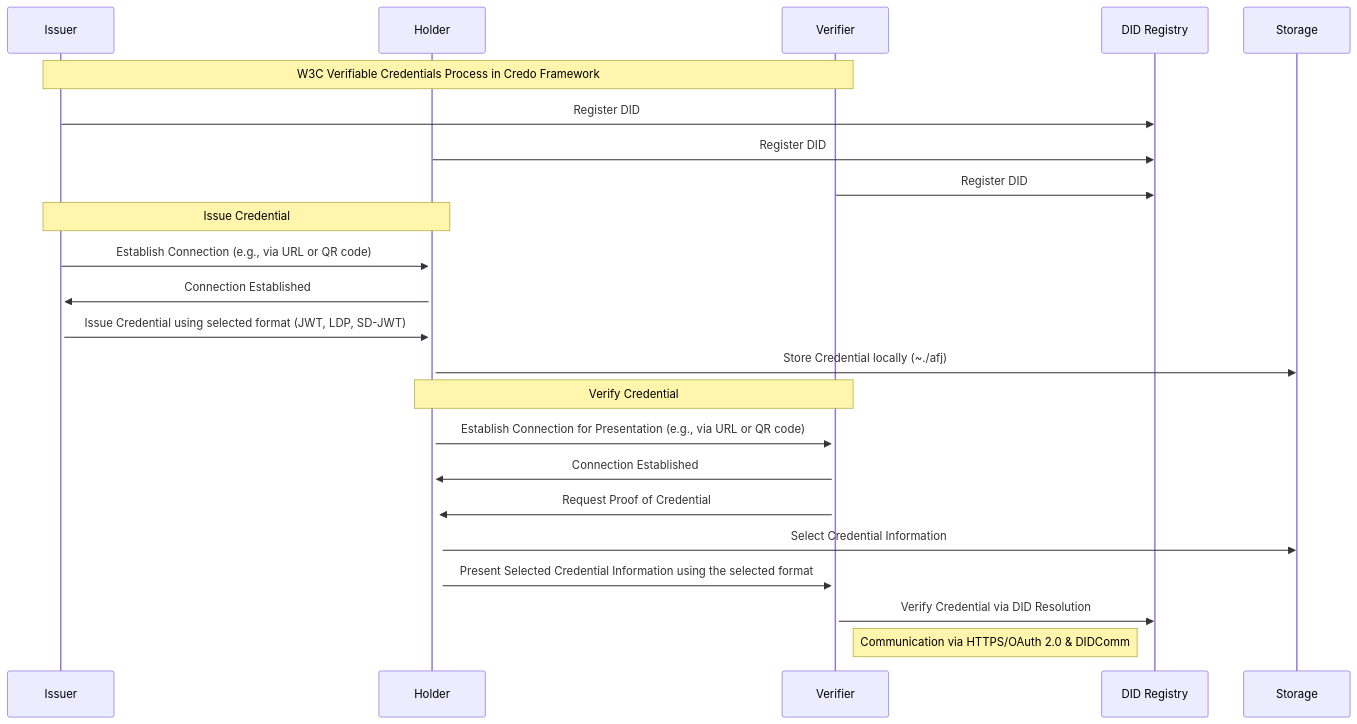
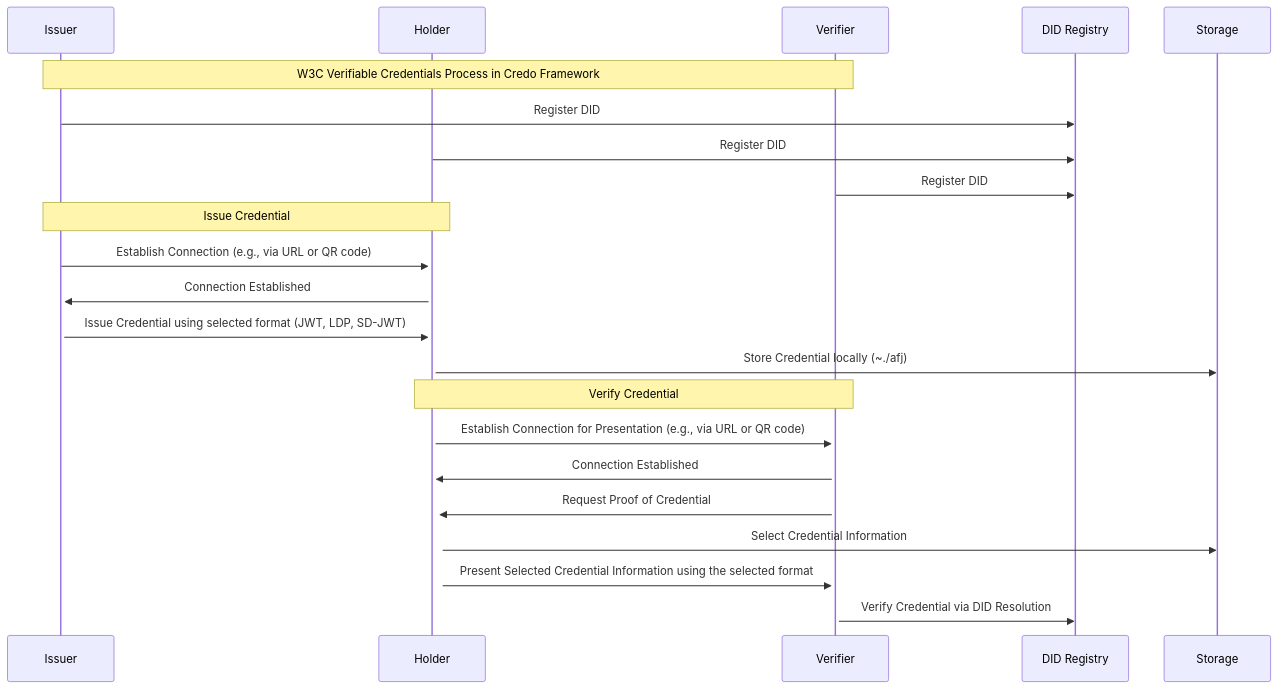
Before and after one commit to research-doc-ether-per/vc-did: the second of 2 diagrams in credo/credo.md, drawn with Mermaid. The commit also changed other lines of this file, not shown here.

````diff
--- a/credo/credo.md
+++ b/credo/credo.md
@@ -95,25 +159,24 @@
 ```mermaid
 sequenceDiagram
    participant Issuer as Issuer
    participant Holder as Holder
    participant Verifier as Verifier
    participant DIDRegistry as DID Registry
    participant Storage as Storage
    Note over Issuer,Verifier: W3C Verifiable Credentials Process in Credo Framework
    Issuer->>DIDRegistry: Register DID
    Holder->>DIDRegistry: Register DID
    Verifier->>DIDRegistry: Register DID
    Note over Issuer,Holder: Issue Credential
    Issuer->>+Holder: Establish Connection (e.g., via URL or QR code)
    Holder->>+Issuer: Connection Established
    Issuer->>Holder: Issue Credential using selected format (JWT, LDP, SD-JWT)
    Holder->>Storage: Store Credential locally (~./afj)
    Note over Holder,Verifier: Verify Credential
    Holder->>+Verifier: Establish Connection for Presentation (e.g., via URL or QR code)
    Verifier->>+Holder: Connection Established
    Verifier->>+Holder: Request Proof of Credential
    Holder->>Storage: Select Credential Information
    Holder->>Verifier: Present Selected Credential Information using the selected format
    Verifier->>DIDRegistry: Verify Credential via DID Resolution
-   Note right of Verifier: Communication via HTTPS/OAuth 2.0 & DIDComm
 ```
````
